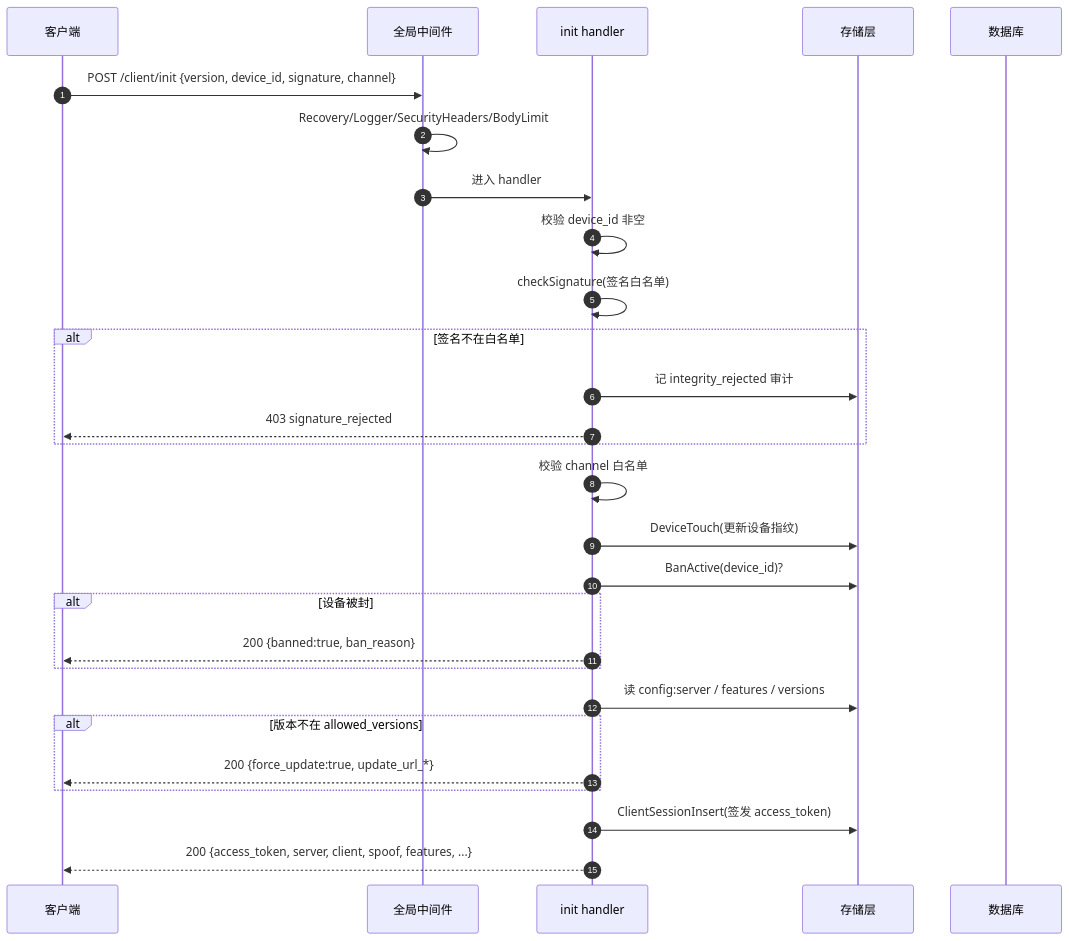
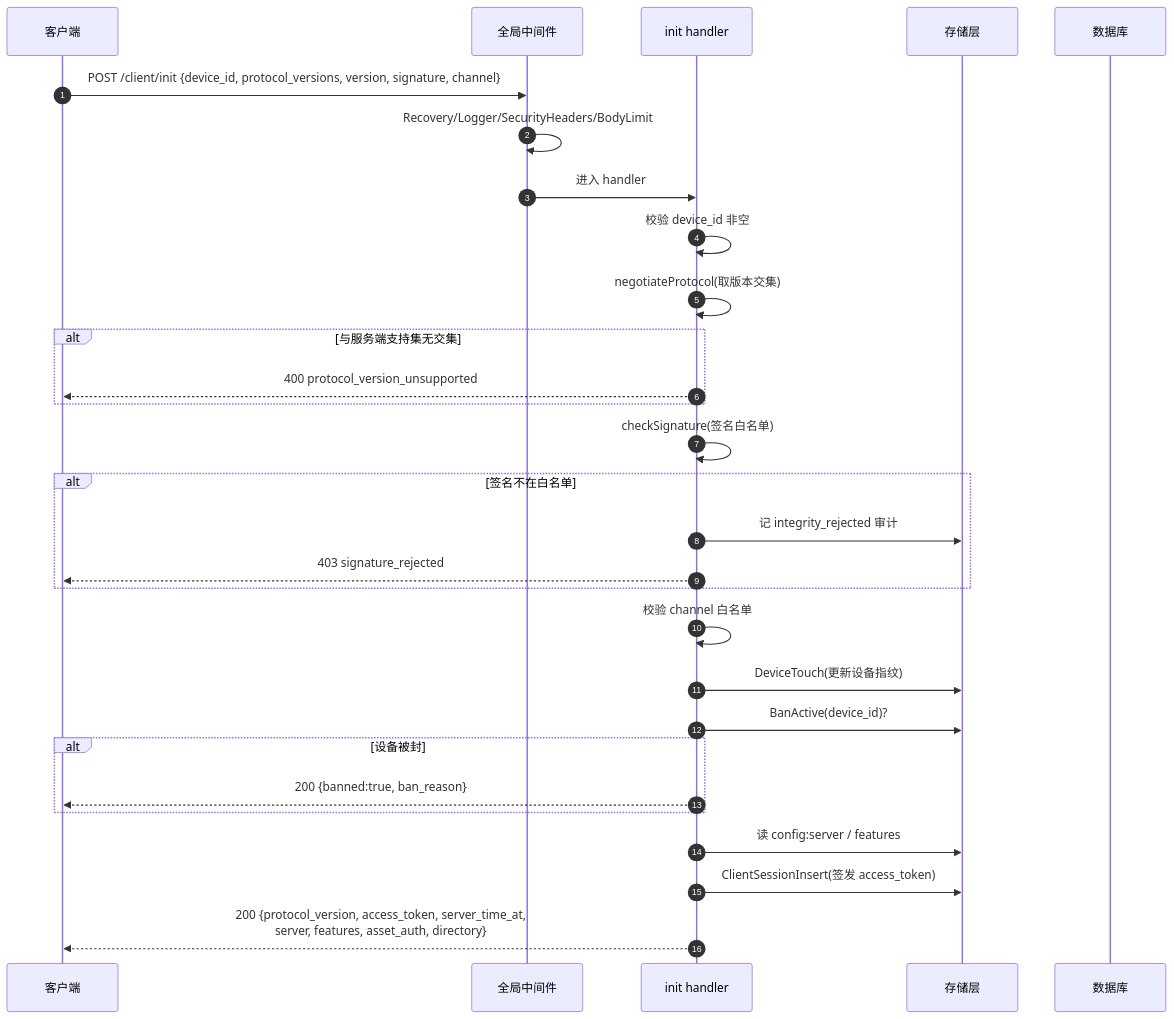
One commit to MagirecoCN-Revival-Project/magireco-cnv-server changed the third of 4 diagrams in docs/architecture/request-lifecycle.md. Above: the diagram before and after it, drawn with Mermaid. The commit also changed other lines of this file and 32 other files, not shown here.

````diff
--- a/docs/architecture/request-lifecycle.md
+++ b/docs/architecture/request-lifecycle.md
@@ -54,31 +54,32 @@
 ```mermaid
 sequenceDiagram
     autonumber
     participant C as 客户端
     participant MW as 全局中间件
     participant H as init handler
     participant ST as 存储层
     participant DB as 数据库
 
-    C->>MW: POST /client/init {version, device_id, signature, channel}
+    C->>MW: POST /client/init {device_id, protocol_versions, version, signature, channel}
     MW->>MW: Recovery/Logger/SecurityHeaders/BodyLimit
     MW->>H: 进入 handler
     H->>H: 校验 device_id 非空
+    H->>H: negotiateProtocol(取版本交集)
+    alt 与服务端支持集无交集
+        H-->>C: 400 protocol_version_unsupported
+    end
     H->>H: checkSignature(签名白名单)
     alt 签名不在白名单
         H->>ST: 记 integrity_rejected 审计
         H-->>C: 403 signature_rejected
     end
     H->>H: 校验 channel 白名单
     H->>ST: DeviceTouch(更新设备指纹)
     H->>ST: BanActive(device_id)?
     alt 设备被封
         H-->>C: 200 {banned:true, ban_reason}
     end
-    H->>ST: 读 config:server / features / versions
-    alt 版本不在 allowed_versions
-        H-->>C: 200 {force_update:true, update_url_*}
-    end
+    H->>ST: 读 config:server / features
     H->>ST: ClientSessionInsert(签发 access_token)
-    H-->>C: 200 {access_token, server, client, spoof, features, ...}
+    H-->>C: 200 {protocol_version, access_token, server_time_at,<br/>server, features, asset_auth, directory}
 ```
````
